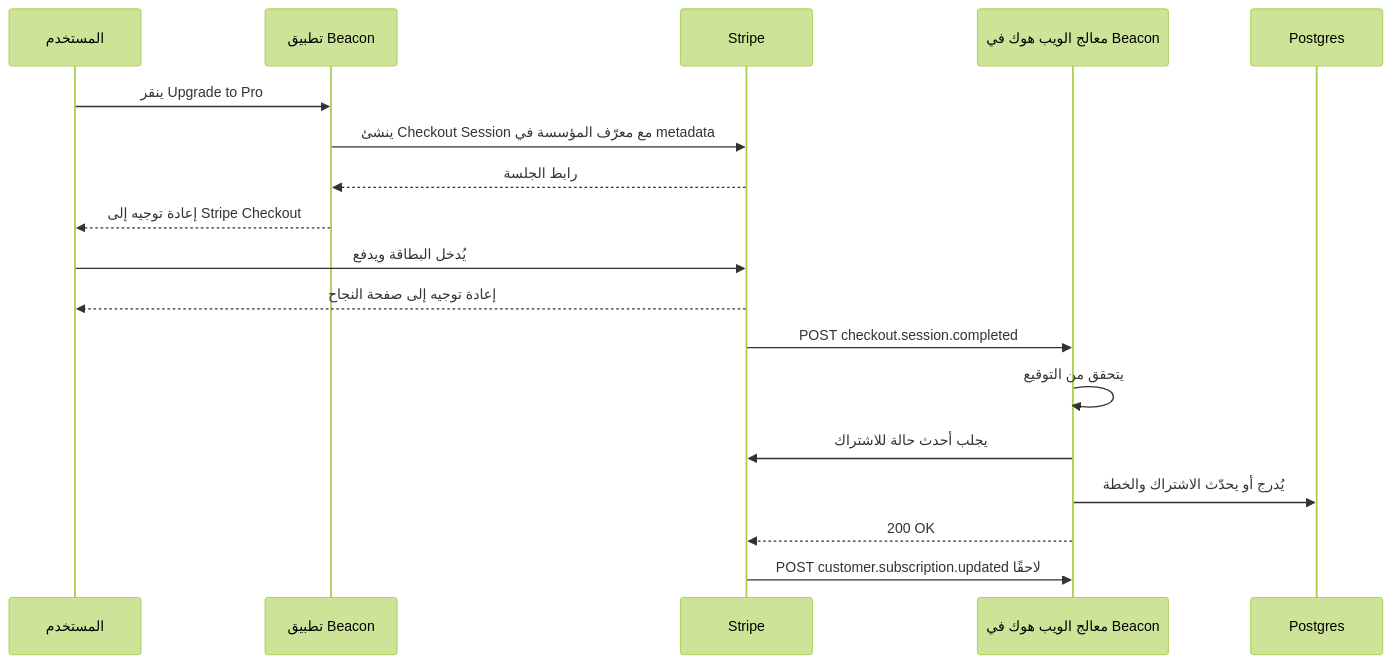
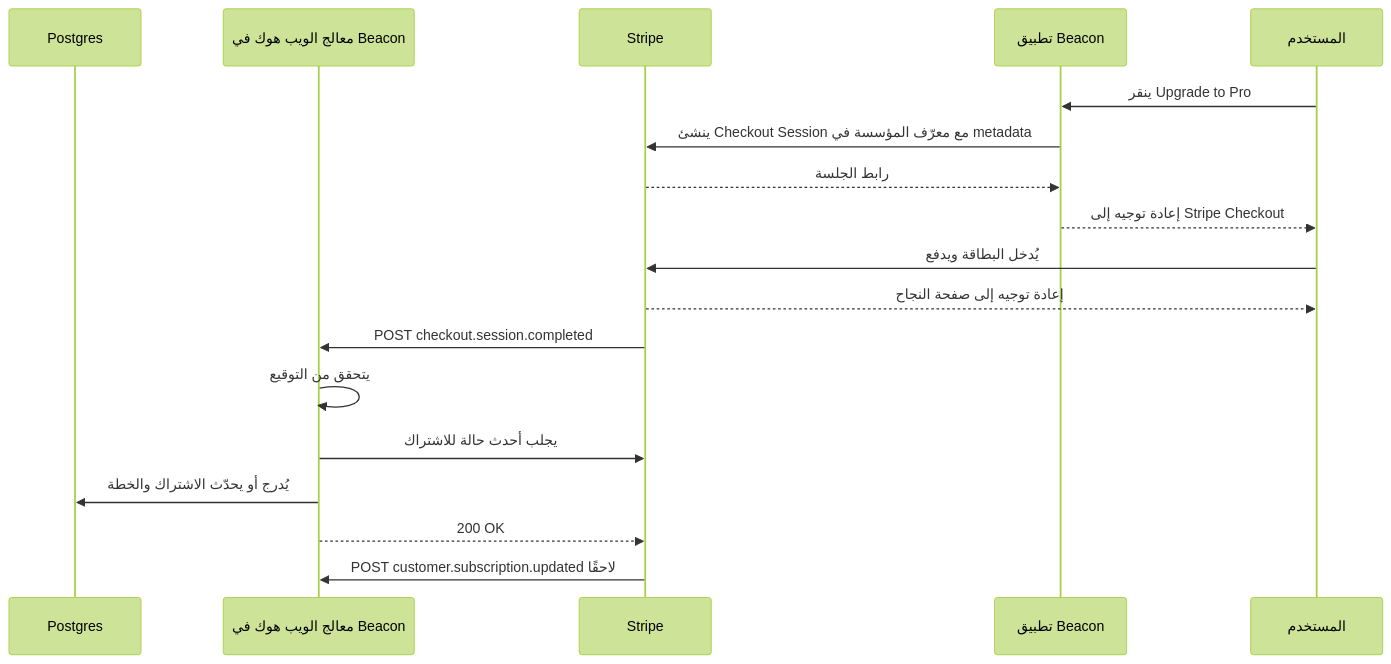
One commit to Tamoura/system-design-for-vibe-coders changed the first of 4 diagrams in saas/modules/03-money.ar.md. Above: the diagram before and after it, drawn with Mermaid (forest theme). The commit also changed other lines of this file and 31 other files, not shown here.

First line of the commit message:
Arabic editions: diagrams flow right to left

````diff
--- a/saas/modules/03-money.ar.md
+++ b/saas/modules/03-money.ar.md
@@ -53,20 +53,20 @@
 ```mermaid
 sequenceDiagram
+    participant DB as Postgres
+    participant W as معالج الويب هوك في Beacon
+    participant S as Stripe
+    participant B as تطبيق Beacon
     participant U as المستخدم
-    participant B as تطبيق Beacon
-    participant S as Stripe
-    participant W as معالج الويب هوك في Beacon
-    participant DB as Postgres
     U->>B: ينقر Upgrade to Pro
     B->>S: ينشئ Checkout Session مع معرّف المؤسسة في metadata
     S-->>B: رابط الجلسة
     B-->>U: إعادة توجيه إلى Stripe Checkout
     U->>S: يُدخل البطاقة ويدفع
     S-->>U: إعادة توجيه إلى صفحة النجاح
     S->>W: POST checkout.session.completed
     W->>W: يتحقق من التوقيع
     W->>S: يجلب أحدث حالة للاشتراك
     W->>DB: يُدرج أو يحدّث الاشتراك والخطة
     W-->>S: 200 OK
     S->>W: POST customer.subscription.updated لاحقًا
 ```
````
